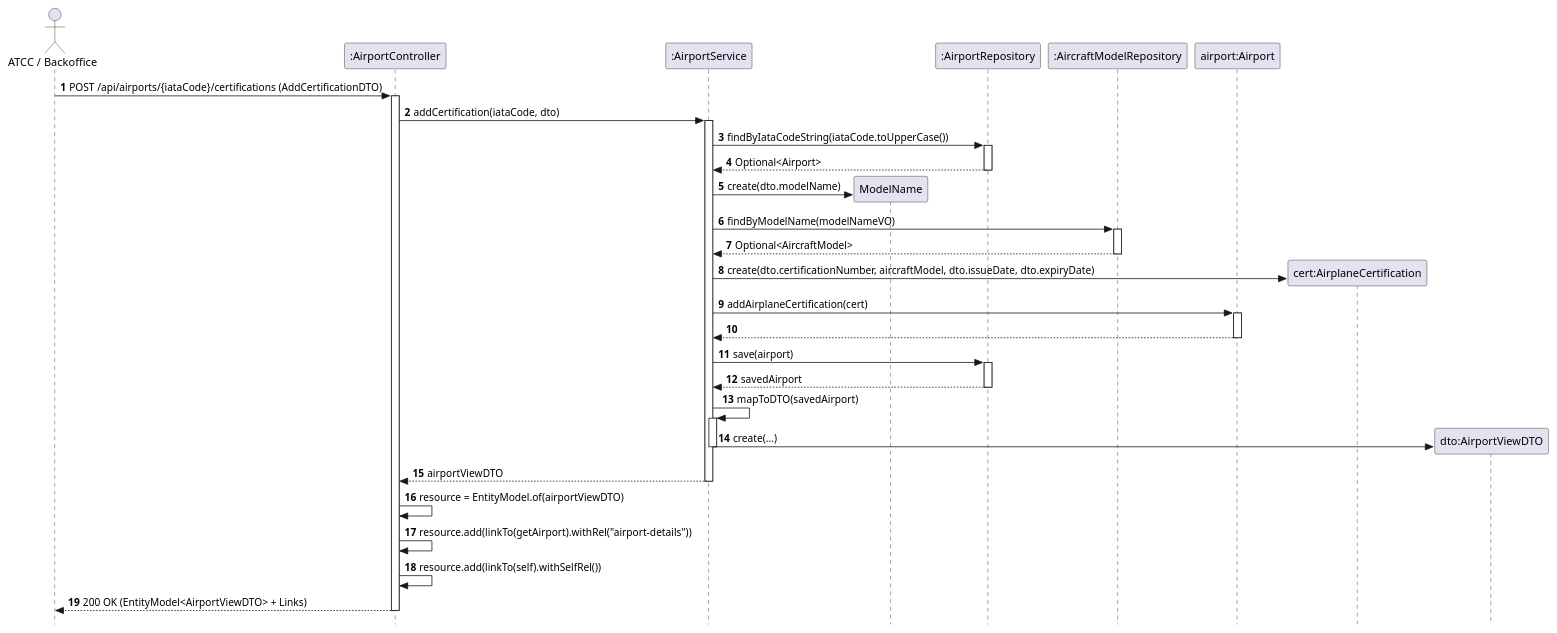
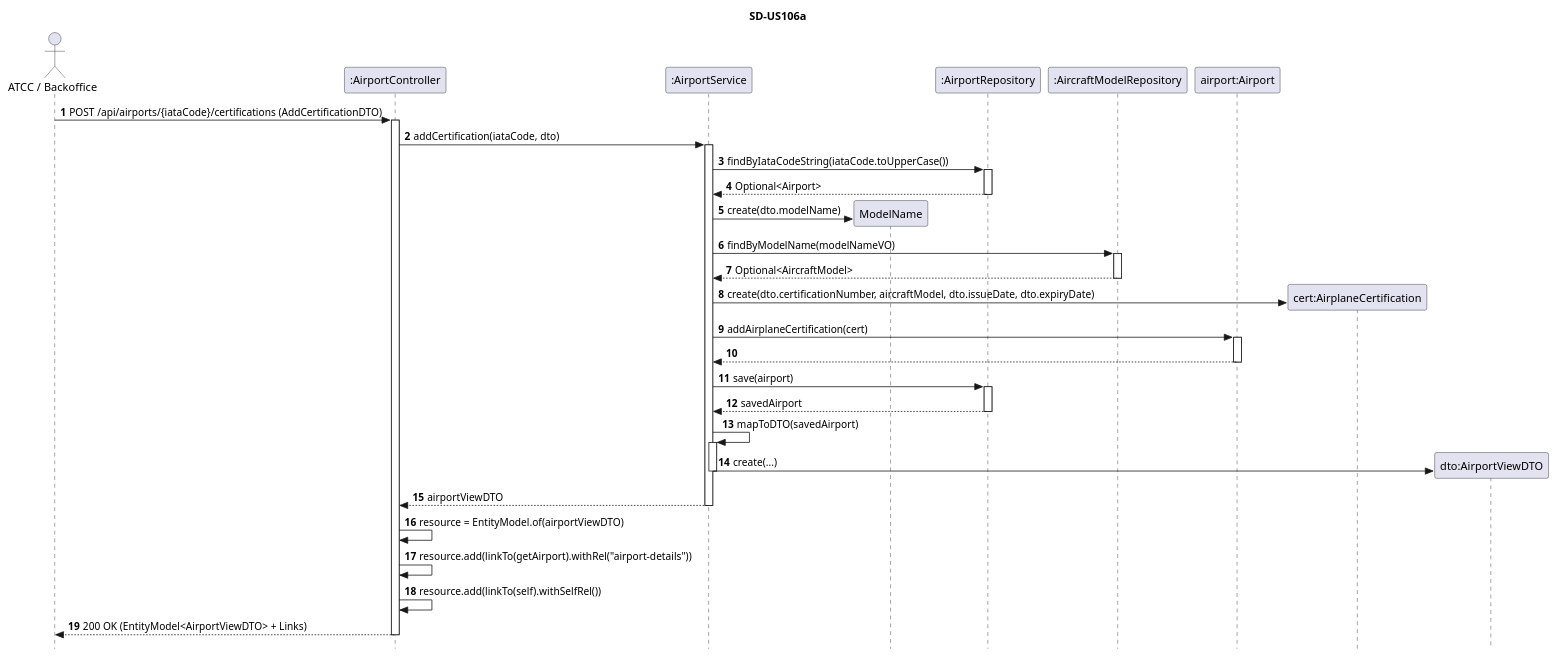
One commit to anamartasilvaa/PSOFT_AISafe_Flight changed the diagram in docs/WP#2A-Airports/US106a/US106a-SD.puml. Above: the diagram before and after it, drawn with PlantUML. The commit also changed 39 other files, not shown here.

Commit message:
Títulos nos diagramas

```diff
--- a/docs/WP#2A-Airports/US106a/US106a-SD.puml
+++ b/docs/WP#2A-Airports/US106a/US106a-SD.puml
@@ -1,59 +1,60 @@
 @startuml
 skinparam style strictuml
 autonumber
+title SD-US106a
 
 actor "ATCC / Backoffice" as Actor
 participant ":AirportController" as Controller
 participant ":AirportService" as Service
 participant "ModelName" as MN
 participant ":AirportRepository" as AirportRepo
 participant ":AircraftModelRepository" as ModelRepo
 participant "airport:Airport" as Airport
 participant "cert:AirplaneCertification" as Certification
 participant "dto:AirportViewDTO" as DTO
 
 Actor -> Controller : POST /api/airports/{iataCode}/certifications (AddCertificationDTO)
 activate Controller
 
 Controller -> Service : addCertification(iataCode, dto)
 activate Service
 
 Service -> AirportRepo : findByIataCodeString(iataCode.toUpperCase())
 activate AirportRepo
 AirportRepo --> Service : Optional<Airport>
 deactivate AirportRepo
 
 Service -> MN ** : create(dto.modelName)
 
 Service -> ModelRepo : findByModelName(modelNameVO)
 activate ModelRepo
 ModelRepo --> Service : Optional<AircraftModel>
 deactivate ModelRepo
 
 Service -> Certification ** : create(dto.certificationNumber, aircraftModel, dto.issueDate, dto.expiryDate)
 
 Service -> Airport : addAirplaneCertification(cert)
 activate Airport
 Airport --> Service
 deactivate Airport
 
 Service -> AirportRepo : save(airport)
 activate AirportRepo
 AirportRepo --> Service : savedAirport
 deactivate AirportRepo
 
 Service -> Service : mapToDTO(savedAirport)
 activate Service
 Service -> DTO ** : create(...)
 deactivate Service
 
 Service --> Controller : airportViewDTO
 deactivate Service
 
 Controller -> Controller : resource = EntityModel.of(airportViewDTO)
 Controller -> Controller : resource.add(linkTo(getAirport).withRel("airport-details"))
 Controller -> Controller : resource.add(linkTo(self).withSelfRel())
 
 Controller --> Actor : 200 OK (EntityModel<AirportViewDTO> + Links)
 deactivate Controller
 @enduml
```
